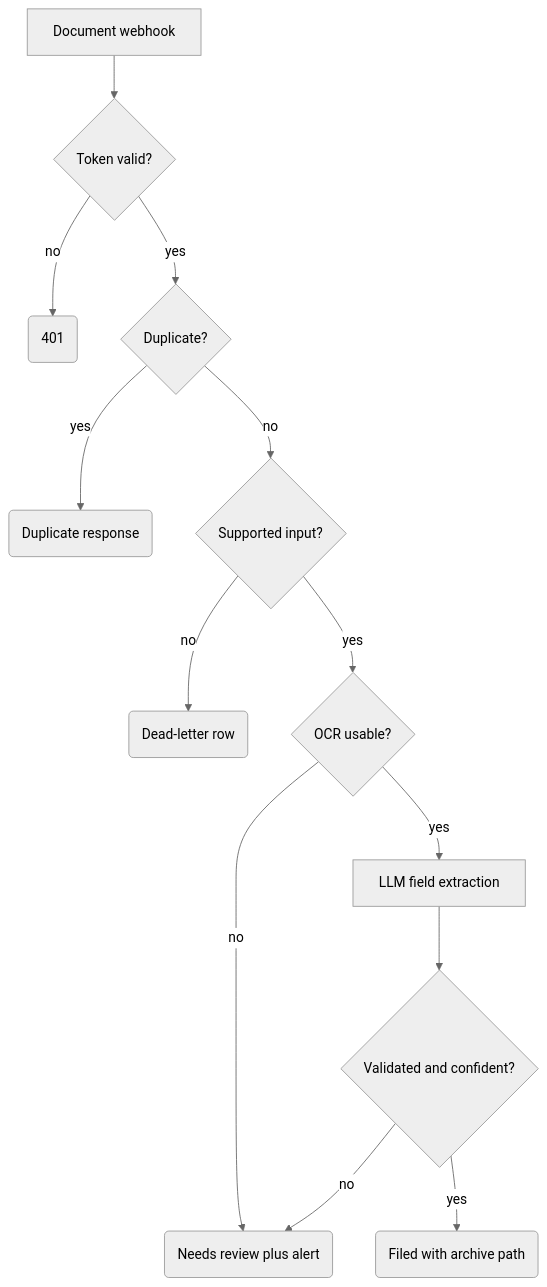
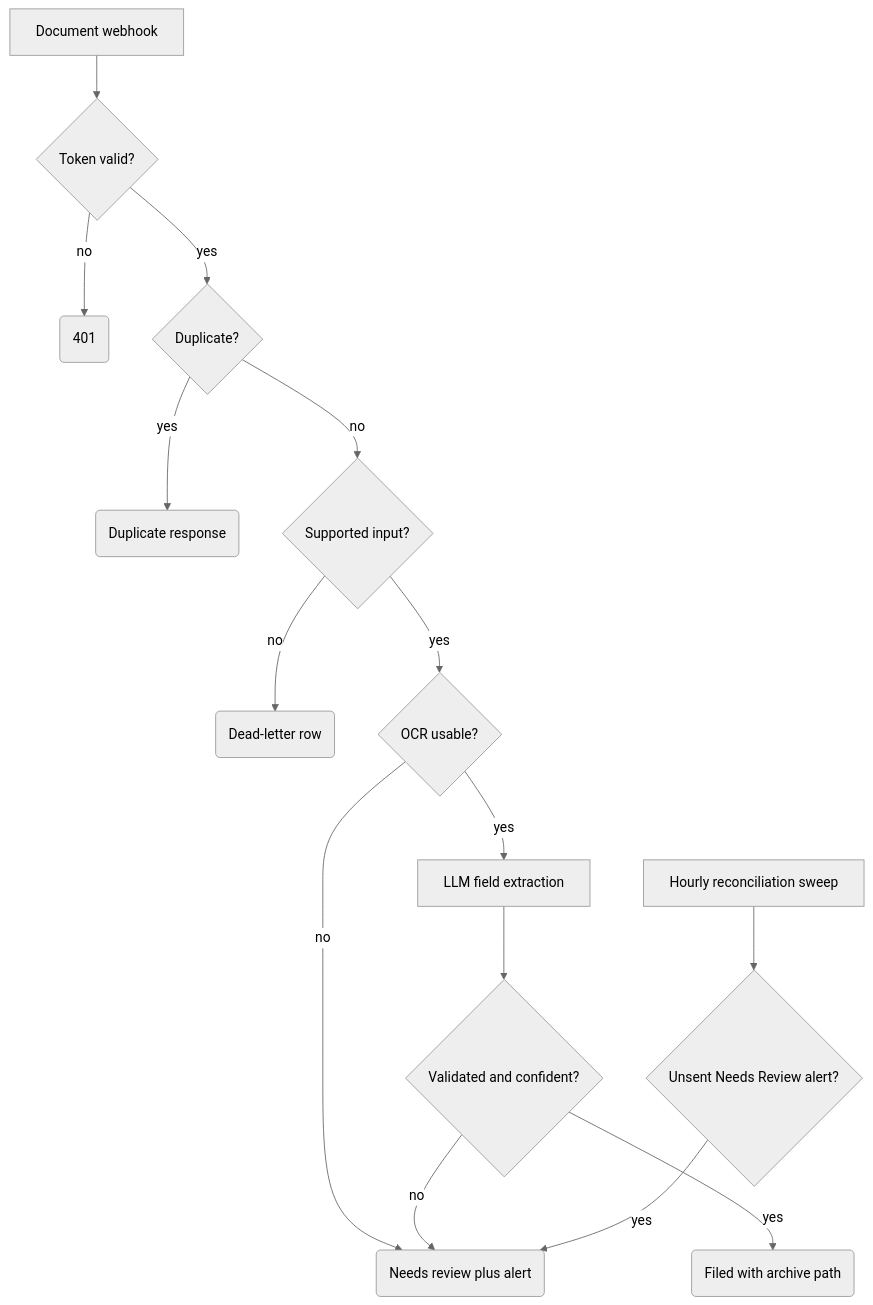
The diagram in workflows/03-document-intake/README.md (kuliberdalabs/n8n-sme-workflows), drawn with Mermaid (neutral theme) before and after one commit. The commit also changed other lines of this file and 3 other files, not shown here.

Commit message:
fix: reconcile unsent review alerts (#11)

````diff
--- a/workflows/03-document-intake/README.md
+++ b/workflows/03-document-intake/README.md
@@ -15,15 +15,17 @@
 ```mermaid
 flowchart TD
   W[Document webhook] --> T{Token valid?}
   T -- no --> R401(401)
   T -- yes --> D{Duplicate?}
   D -- yes --> DUP(Duplicate response)
   D -- no --> V{Supported input?}
   V -- no --> DL(Dead-letter row)
   V -- yes --> O{OCR usable?}
   O -- no --> REV(Needs review plus alert)
   O -- yes --> AI[LLM field extraction]
   AI --> C{Validated and confident?}
   C -- yes --> F(Filed with archive path)
   C -- no --> REV
+  S[Hourly reconciliation sweep] --> U{Unsent Needs Review alert?}
+  U -- yes --> REV
 ```
````
